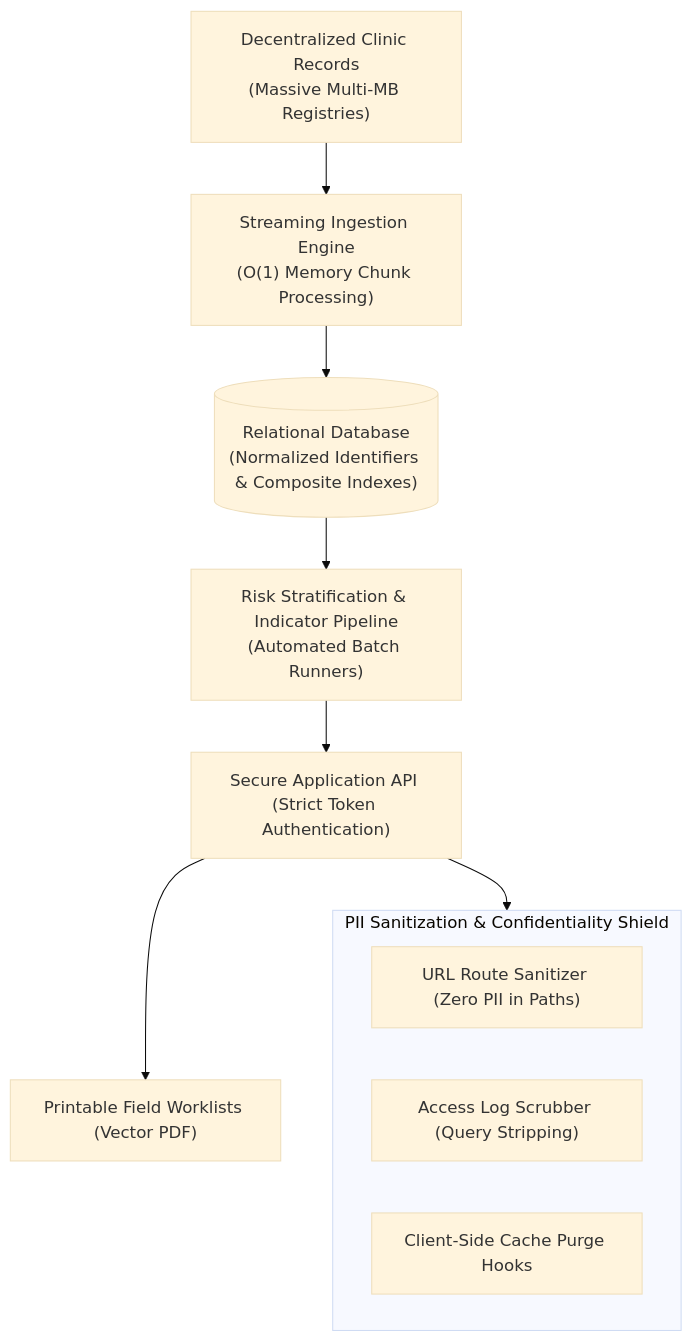
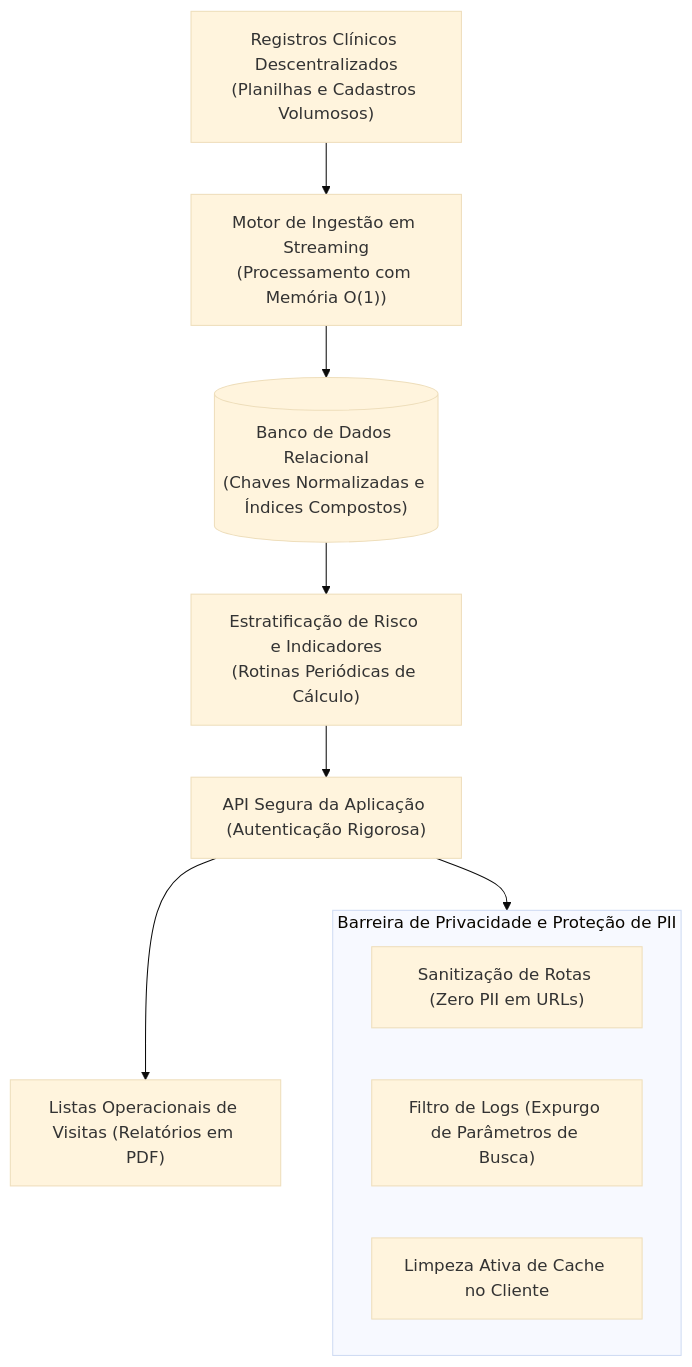
Before and after one commit to Fcsscoder/case-studies: the first of 2 diagrams in data-engineering-and-privacy/clinical-record-pii-sanitization/README.md, drawn with Mermaid (base theme). The commit also changed other lines of this file and 21 other files, not shown here.

````diff
--- a/data-engineering-and-privacy/clinical-record-pii-sanitization/README.md
+++ b/data-engineering-and-privacy/clinical-record-pii-sanitization/README.md
@@ -9,23 +9,23 @@
 ```mermaid
 graph TD
-    ClinicSources["Decentralized Clinic Records<br/>(Massive Multi-MB Registries)"]
-    Streamer["Streaming Ingestion Engine<br/>(O(1) Memory Chunk Processing)"]
-    DB[("Relational Database<br/>(Normalized Identifiers & Composite Indexes)")]
-    Engine["Risk Stratification & Indicator Pipeline<br/>(Automated Batch Runners)"]
+    ClinicSources["Registros Clínicos Descentralizados<br/>(Planilhas e Cadastros Volumosos)"]
+    Streamer["Motor de Ingestão em Streaming<br/>(Processamento com Memória O(1))"]
+    DB[("Banco de Dados Relacional<br/>(Chaves Normalizadas e Índices Compostos)")]
+    Engine["Estratificação de Risco e Indicadores<br/>(Rotinas Periódicas de Cálculo)"]
     
-    subgraph PrivacyShield ["PII Sanitization & Confidentiality Shield"]
-        PathSanitizer["URL Route Sanitizer (Zero PII in Paths)"]
-        LogFilter["Access Log Scrubber (Query Stripping)"]
-        StorageWiper["Client-Side Cache Purge Hooks"]
+    subgraph PrivacyShield ["Barreira de Privacidade e Proteção de PII"]
+        PathSanitizer["Sanitização de Rotas (Zero PII em URLs)"]
+        LogFilter["Filtro de Logs (Expurgo de Parâmetros de Busca)"]
+        StorageWiper["Limpeza Ativa de Cache no Cliente"]
     end
     
-    API["Secure Application API (Strict Token Authentication)"]
-    FieldReports["Printable Field Worklists (Vector PDF)"]
+    API["API Segura da Aplicação (Autenticação Rigorosa)"]
+    FieldReports["Listas Operacionais de Visitas (Relatórios em PDF)"]
 
     ClinicSources --> Streamer
     Streamer --> DB
     DB --> Engine
     Engine --> API
     API --> PrivacyShield
     API --> FieldReports
 ```
````
